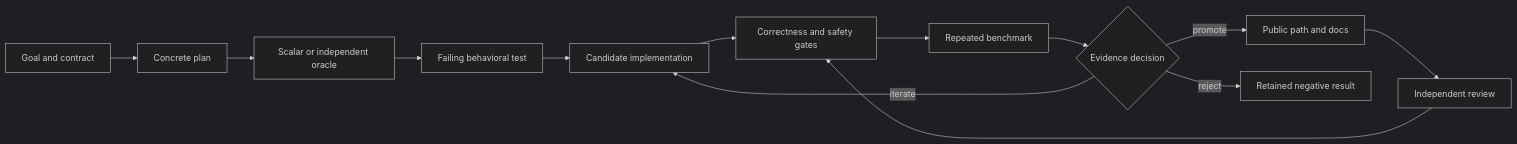
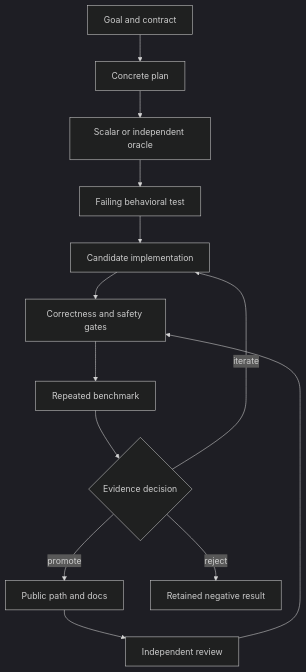
One commit to sghowell/wolfgang changed the diagram in docs/guide/agent-driven-engineering.md. Above: the diagram before and after it, drawn with Mermaid (dark theme). The commit also changed other lines of this file and 16 other files, not shown here.

First line of the commit message:
docs: edit the user guides for plain prose and lay out diagrams to stay legible

````diff
--- a/docs/guide/agent-driven-engineering.md
+++ b/docs/guide/agent-driven-engineering.md
@@ -9,15 +9,15 @@
 ```mermaid
-flowchart LR
+flowchart TB
     G[Goal and contract] --> P[Concrete plan]
     P --> O[Scalar or independent oracle]
     O --> T[Failing behavioral test]
     T --> C[Candidate implementation]
     C --> V[Correctness and safety gates]
     V --> B[Repeated benchmark]
     B --> D{Evidence decision}
     D -->|promote| R[Public path and docs]
     D -->|iterate| C
     D -->|reject| N[Retained negative result]
     R --> I[Independent review]
     I --> V
 ```
````
